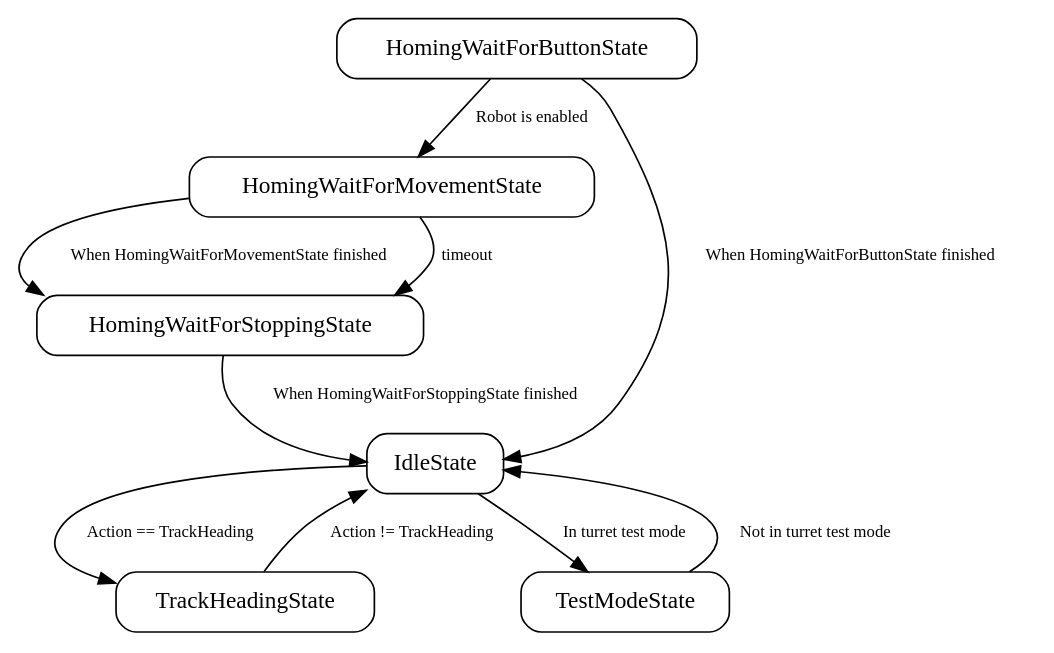
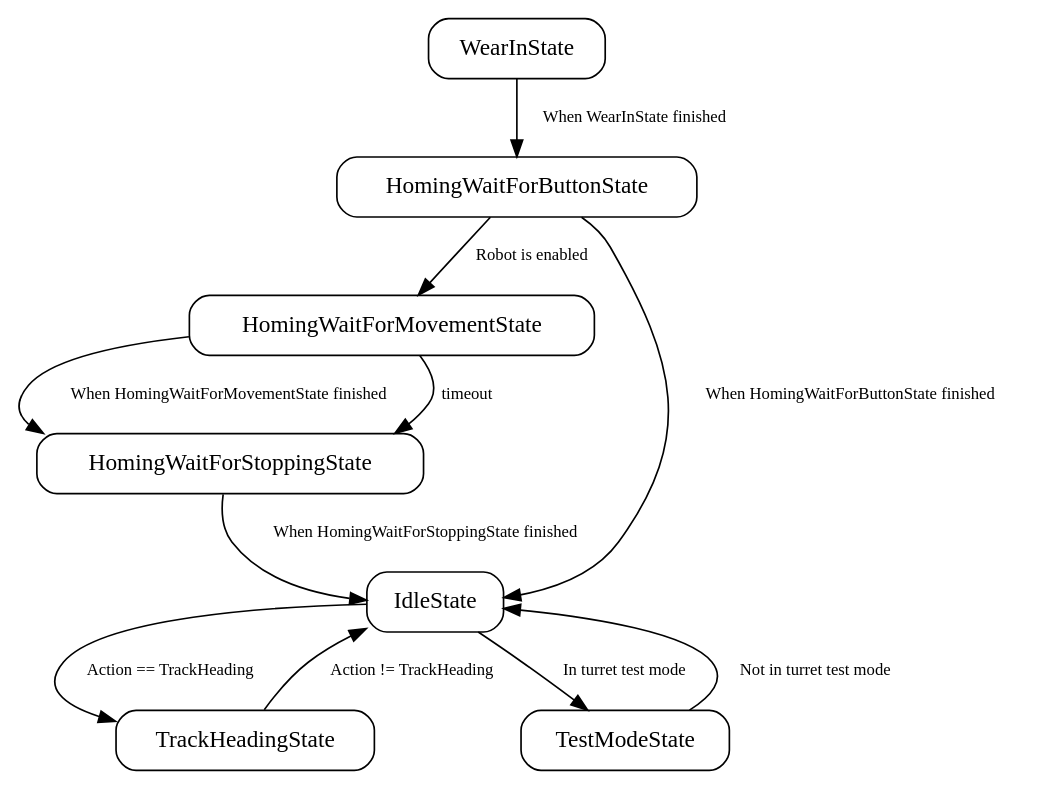
One commit to team401/2026-Robot-Code changed the diagram in state_machine_graphs/turret.dot. Above: the diagram before and after it, drawn with Graphviz. The commit also changed 3 other files, not shown here.

```diff
--- a/state_machine_graphs/turret.dot
+++ b/state_machine_graphs/turret.dot
@@ -1,41 +1,44 @@
 digraph {
 
   // Graphviz Format settings
 
   node [
     shape=box,
     style=rounded
   ];
 
   edge [
     fontsize=10
   ];
 
 
   // States
 
   HomingWaitForMovementState ;
   HomingWaitForStoppingState ;
   IdleState ;
+  WearInState ;
   TrackHeadingState ;
   TestModeState ;
   HomingWaitForButtonState ;
 
   // Transitions
 
   HomingWaitForMovementState -> HomingWaitForStoppingState [label="When HomingWaitForMovementState finished"];
   HomingWaitForMovementState -> HomingWaitForStoppingState [label="timeout"];
 
   HomingWaitForStoppingState -> IdleState [label="When HomingWaitForStoppingState finished"];
 
   IdleState -> TrackHeadingState [label="Action == TrackHeading"];
   IdleState -> TestModeState [label="In turret test mode"];
 
+  WearInState -> HomingWaitForButtonState [label="When WearInState finished"];
+
   TrackHeadingState -> IdleState [label="Action != TrackHeading"];
 
   TestModeState -> IdleState [label="Not in turret test mode"];
 
   HomingWaitForButtonState -> IdleState [label="When HomingWaitForButtonState finished"];
   HomingWaitForButtonState -> HomingWaitForMovementState [label="Robot is enabled"];
 
 }
```
